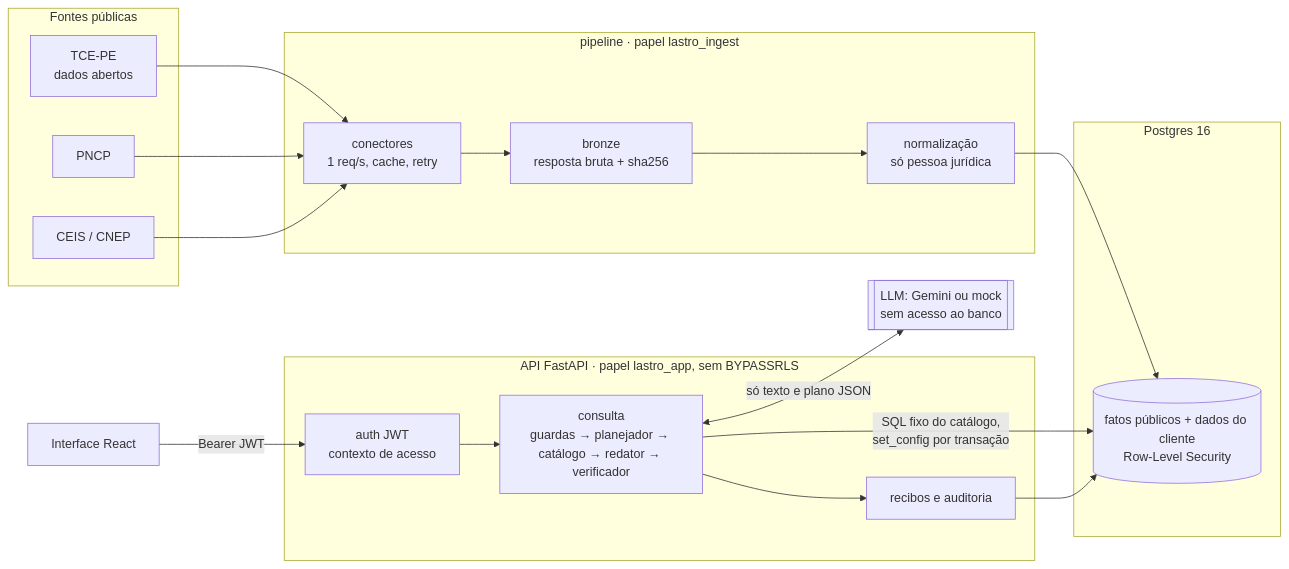
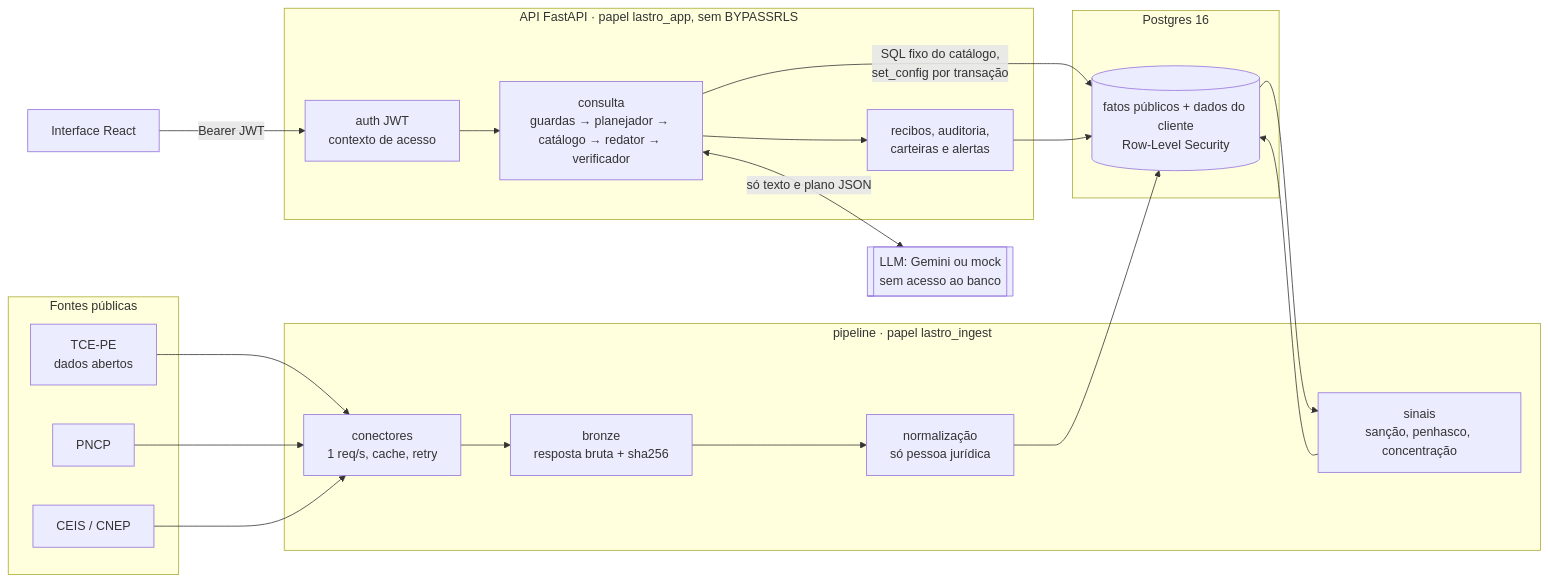
One commit to KyuCorporation/Lastro changed the first of 2 diagrams in README.md. Above: the diagram before and after it, drawn with Mermaid. The commit also changed other lines of this file, not shown here.

````diff
--- a/README.md
+++ b/README.md
@@ -21,29 +44,31 @@
 ```mermaid
 flowchart LR
   subgraph Fontes públicas
     TCE[TCE-PE<br>dados abertos]
     PNCP[PNCP]
     SAN[CEIS / CNEP]
   end
   subgraph Pipeline [pipeline · papel lastro_ingest]
     ING[conectores<br>1 req/s, cache, retry]
     BRZ[bronze<br>resposta bruta + sha256]
     NRM[normalização<br>só pessoa jurídica]
+    SIN[sinais<br>sanção, penhasco, concentração]
   end
   subgraph DB [Postgres 16]
     RLS[(fatos públicos + dados do cliente<br>Row-Level Security)]
   end
   subgraph API [API FastAPI · papel lastro_app, sem BYPASSRLS]
     AUTH[auth JWT<br>contexto de acesso]
     ORQ[consulta<br>guardas → planejador → catálogo → redator → verificador]
-    REC[recibos e auditoria]
+    REC[recibos, auditoria,<br>carteiras e alertas]
   end
   LLM[[LLM: Gemini ou mock<br>sem acesso ao banco]]
   WEB[Interface React]
 
   TCE & PNCP & SAN --> ING --> BRZ --> NRM --> RLS
+  RLS --> SIN --> RLS
   WEB -->|Bearer JWT| AUTH --> ORQ
   ORQ <-->|só texto e plano JSON| LLM
   ORQ -->|SQL fixo do catálogo,<br>set_config por transação| RLS
   ORQ --> REC --> RLS
 ```
````
